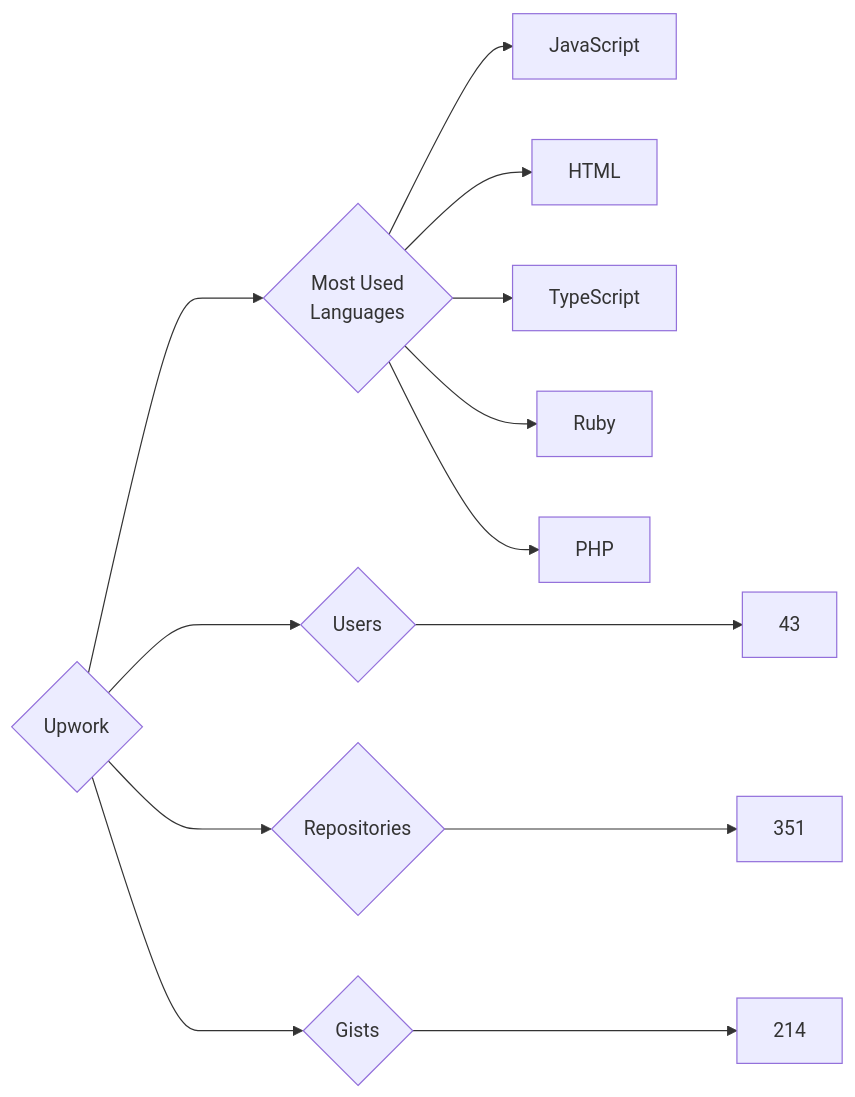
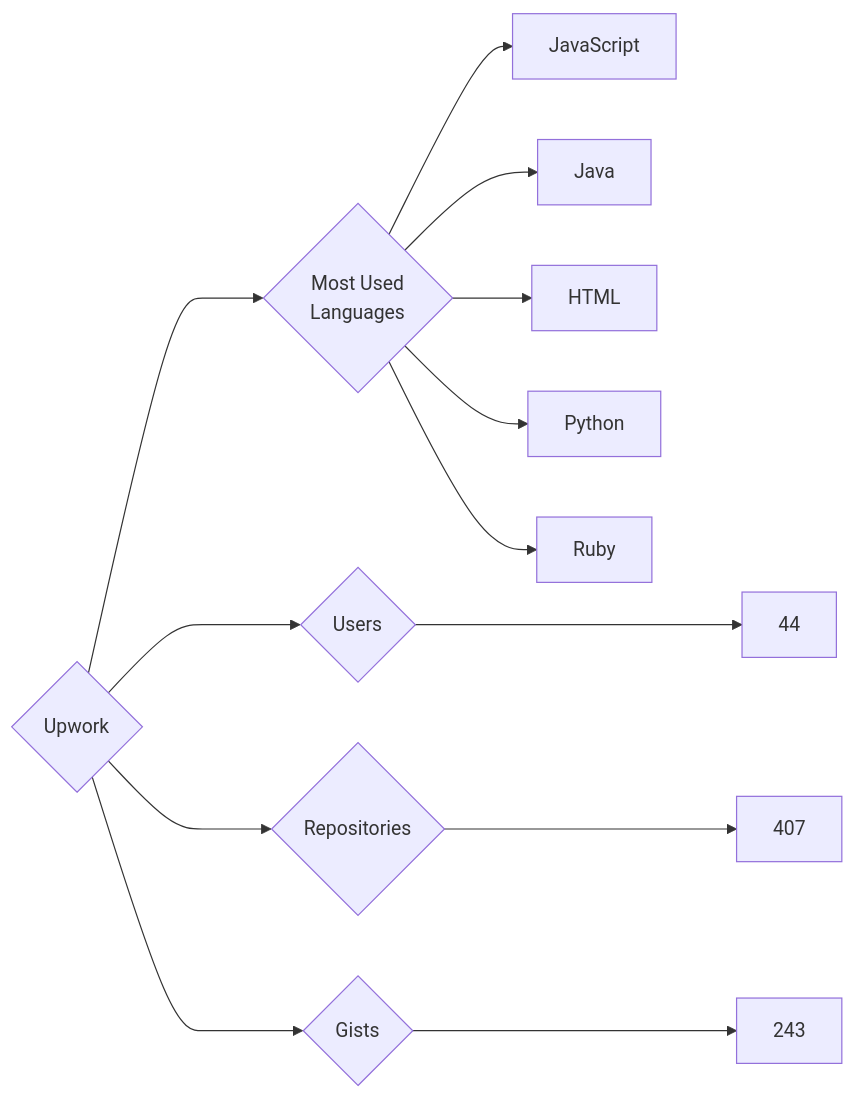
One commit to trickest/insiders changed the diagram in targets/Upwork/README.md. Above: the diagram before and after it, drawn with Mermaid. The commit also changed 1011 other files, not shown here.

````diff
--- a/targets/Upwork/README.md
+++ b/targets/Upwork/README.md
@@ -3,13 +3,13 @@
 ```mermaid
 graph LR
 COMPANY_NAME{Upwork}
-COMPANY_NAME ---> U{Users} ---> UN[43]
-COMPANY_NAME ---> R{Repositories} ---> RN[351]
-COMPANY_NAME ---> G{Gists} ---> GN[214]
+COMPANY_NAME ---> U{Users} ---> UN[44]
+COMPANY_NAME ---> R{Repositories} ---> RN[407]
+COMPANY_NAME ---> G{Gists} ---> GN[243]
 COMPANY_NAME ---> ML{Most Used<br>Languages}
 ML --> JavaScript[JavaScript]
+ML --> Java[Java]
 ML --> HTML[HTML]
-ML --> TypeScript[TypeScript]
+ML --> Python[Python]
 ML --> Ruby[Ruby]
-ML --> PHP[PHP]
 ```
````
